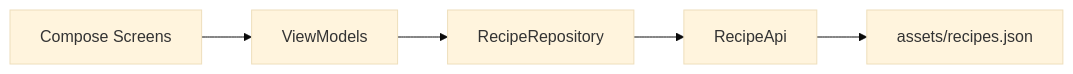
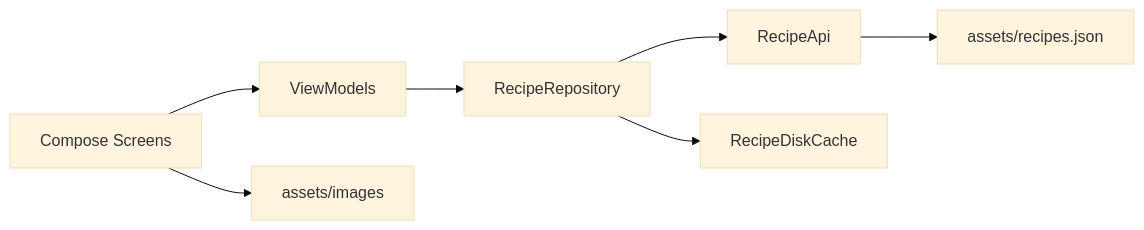
The diagram in README.md (Tharsisboamorte/Recipebox-ReciMe-challenge-), drawn with Mermaid (base theme) before and after one commit. The commit also changed other lines of this file and 26 other files, not shown here.

````diff
--- a/README.md
+++ b/README.md
@@ -41,7 +44,9 @@
 ```mermaid
 flowchart LR
   UI[Compose Screens] --> VM[ViewModels]
   VM --> Repo[RecipeRepository]
   Repo --> Api[RecipeApi]
+  Repo --> Cache[RecipeDiskCache]
   Api --> Json[assets/recipes.json]
+  UI --> Assets[assets/images]
 ```
````
